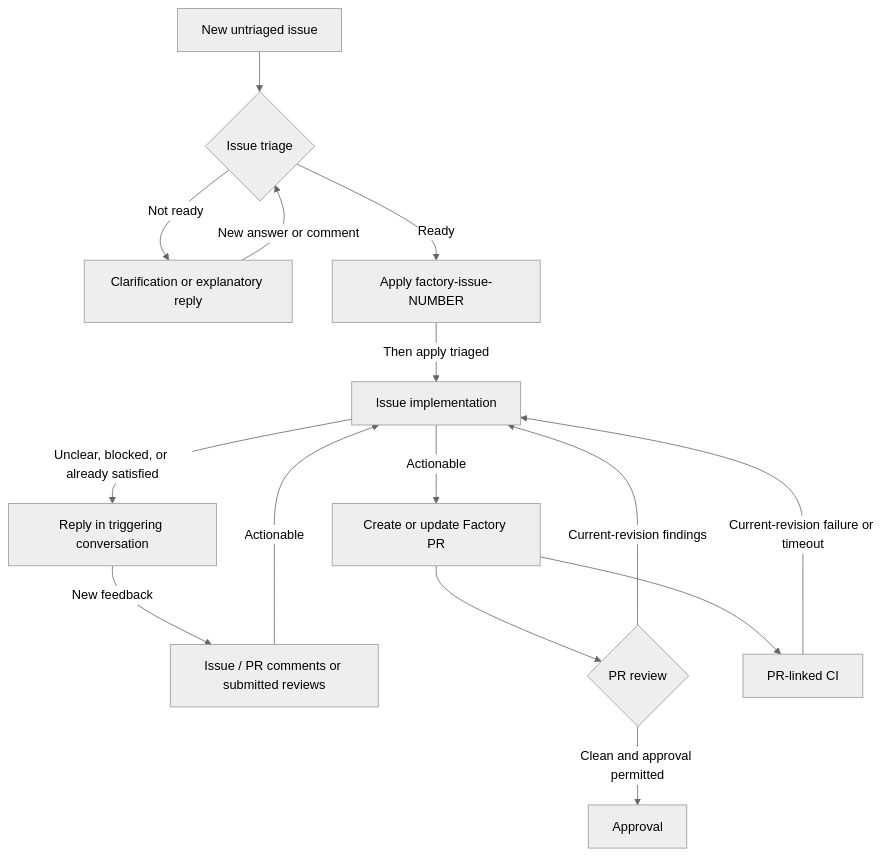
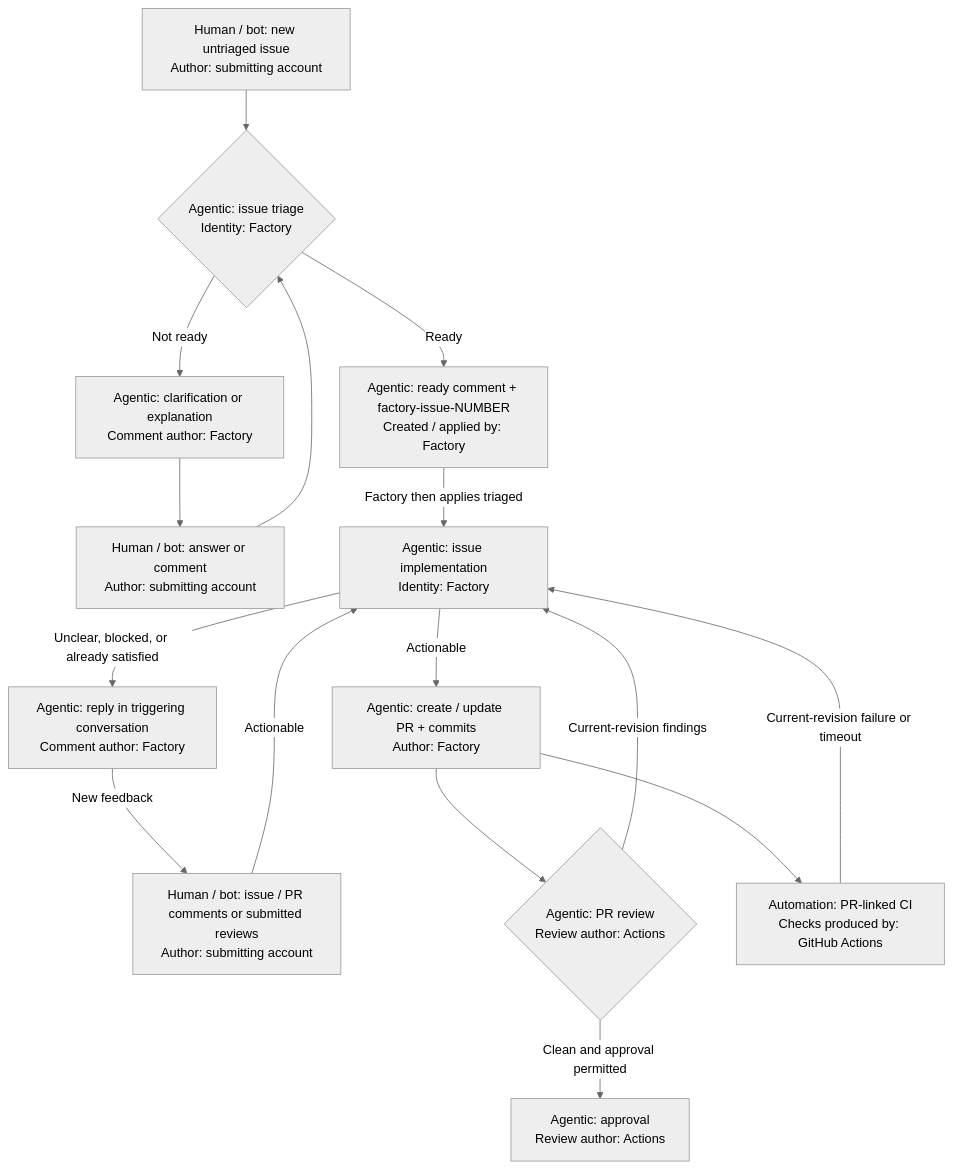
The diagram in README.md (VasiliyNovikov/Factory), drawn with Mermaid (neutral theme) before and after one commit. The commit also changed other lines of this file, not shown here.

Commit message:
docs: identify workflow actors and artifact authors

````diff
--- a/README.md
+++ b/README.md
@@ -16,17 +21,18 @@
 ```mermaid
 flowchart TD
-    issue["New untriaged issue"] --> triage{"Issue triage"}
-    triage -->|Not ready| clarification["Clarification or explanatory reply"]
-    clarification -->|New answer or comment| triage
-    triage -->|Ready| tracking["Apply factory-issue-NUMBER"]
-    tracking -->|Then apply triaged| implementation["Issue implementation"]
-    implementation -->|Actionable| pr["Create or update Factory PR"]
-    implementation -->|Unclear, blocked, or already satisfied| reply["Reply in triggering conversation"]
-    reply -->|New feedback| feedback["Issue / PR comments or submitted reviews"]
+    issue["Human / bot: new untriaged issue<br/>Author: submitting account"] --> triage{"Agentic: issue triage<br/>Identity: Factory"}
+    triage -->|Not ready| clarification["Agentic: clarification or explanation<br/>Comment author: Factory"]
+    clarification --> answer["Human / bot: answer or comment<br/>Author: submitting account"]
+    answer --> triage
+    triage -->|Ready| tracking["Agentic: ready comment + factory-issue-NUMBER<br/>Created / applied by: Factory"]
+    tracking -->|Factory then applies triaged| implementation["Agentic: issue implementation<br/>Identity: Factory"]
+    implementation -->|Actionable| pr["Agentic: create / update PR + commits<br/>Author: Factory"]
+    implementation -->|Unclear, blocked, or already satisfied| reply["Agentic: reply in triggering conversation<br/>Comment author: Factory"]
+    reply -->|New feedback| feedback["Human / bot: issue / PR comments or submitted reviews<br/>Author: submitting account"]
     feedback -->|Actionable| implementation
-    pr --> review{"PR review"}
+    pr --> review{"Agentic: PR review<br/>Review author: Actions"}
     review -->|Current-revision findings| implementation
-    review -->|Clean and approval permitted| approval["Approval"]
-    pr --> ci["PR-linked CI"]
+    review -->|Clean and approval permitted| approval["Agentic: approval<br/>Review author: Actions"]
+    pr --> ci["Automation: PR-linked CI<br/>Checks produced by: GitHub Actions"]
     ci -->|Current-revision failure or timeout| implementation
 ```
````
